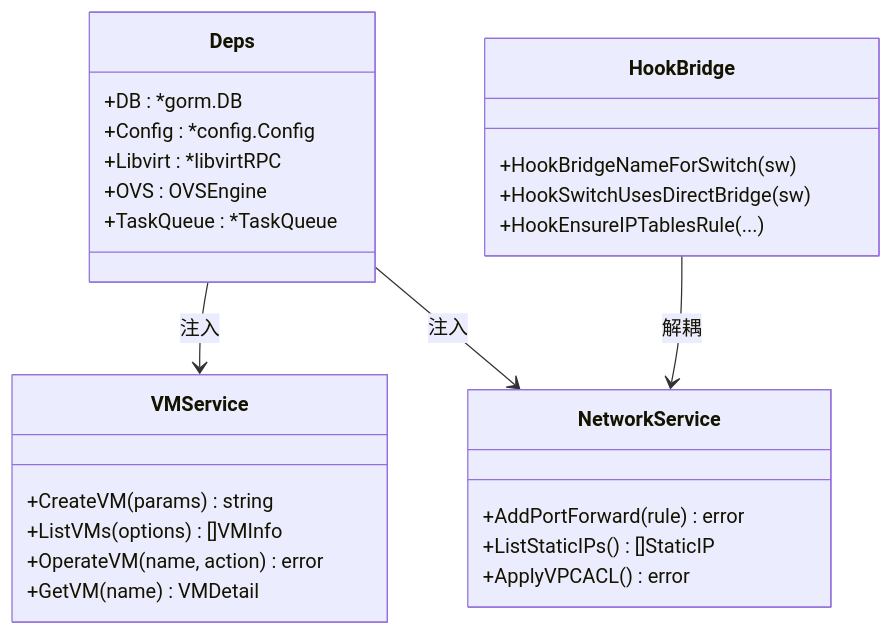
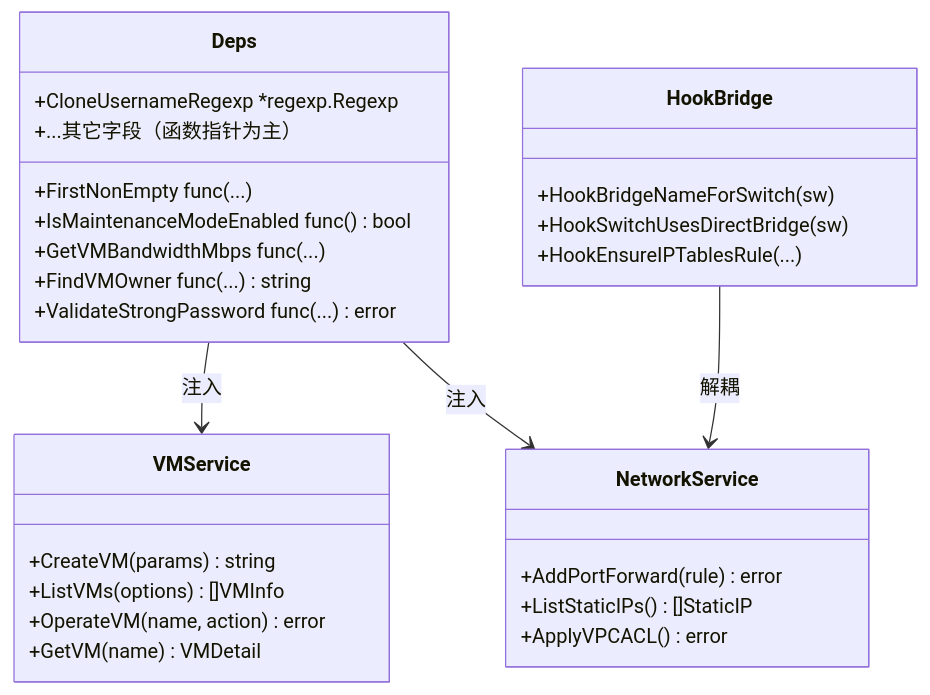
Before and after one commit to QVMConsole/docs: the fifth of 18 diagrams in docs/feature-analysis/qvmconsole-architecture.mdx, drawn with Mermaid. The commit also changed other lines of this file and 6 other files, not shown here.

````diff
--- a/docs/feature-analysis/qvmconsole-architecture.mdx
+++ b/docs/feature-analysis/qvmconsole-architecture.mdx
@@ -230,33 +263,35 @@
 ```mermaid
 classDiagram
     class Deps {
-        +DB : *gorm.DB
-        +Config : *config.Config
-        +Libvirt : *libvirtRPC
-        +OVS : OVSEngine
-        +TaskQueue : *TaskQueue
+        +FirstNonEmpty func(...)
+        +IsMaintenanceModeEnabled func() bool
+        +GetVMBandwidthMbps func(...)
+        +FindVMOwner func(...) string
+        +ValidateStrongPassword func(...) error
+        +CloneUsernameRegexp *regexp.Regexp
+        +...其它字段（函数指针为主）
     }
 
     class VMService {
         +CreateVM(params) string
         +ListVMs(options) []VMInfo
         +OperateVM(name, action) error
         +GetVM(name) VMDetail
     }
 
     class NetworkService {
         +AddPortForward(rule) error
         +ListStaticIPs() []StaticIP
         +ApplyVPCACL() error
     }
 
     class HookBridge {
         +HookBridgeNameForSwitch(sw)
         +HookSwitchUsesDirectBridge(sw)
         +HookEnsureIPTablesRule(...)
     }
 
     Deps --> VMService : 注入
     Deps --> NetworkService : 注入
     HookBridge --> NetworkService : 解耦
 ```
````
